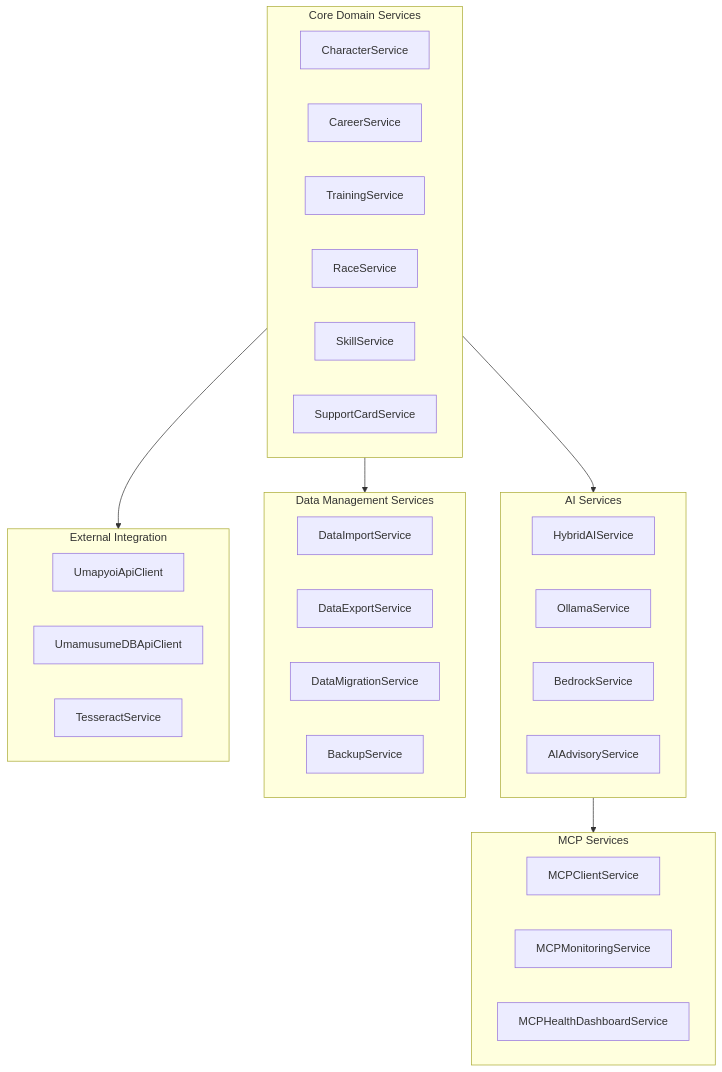
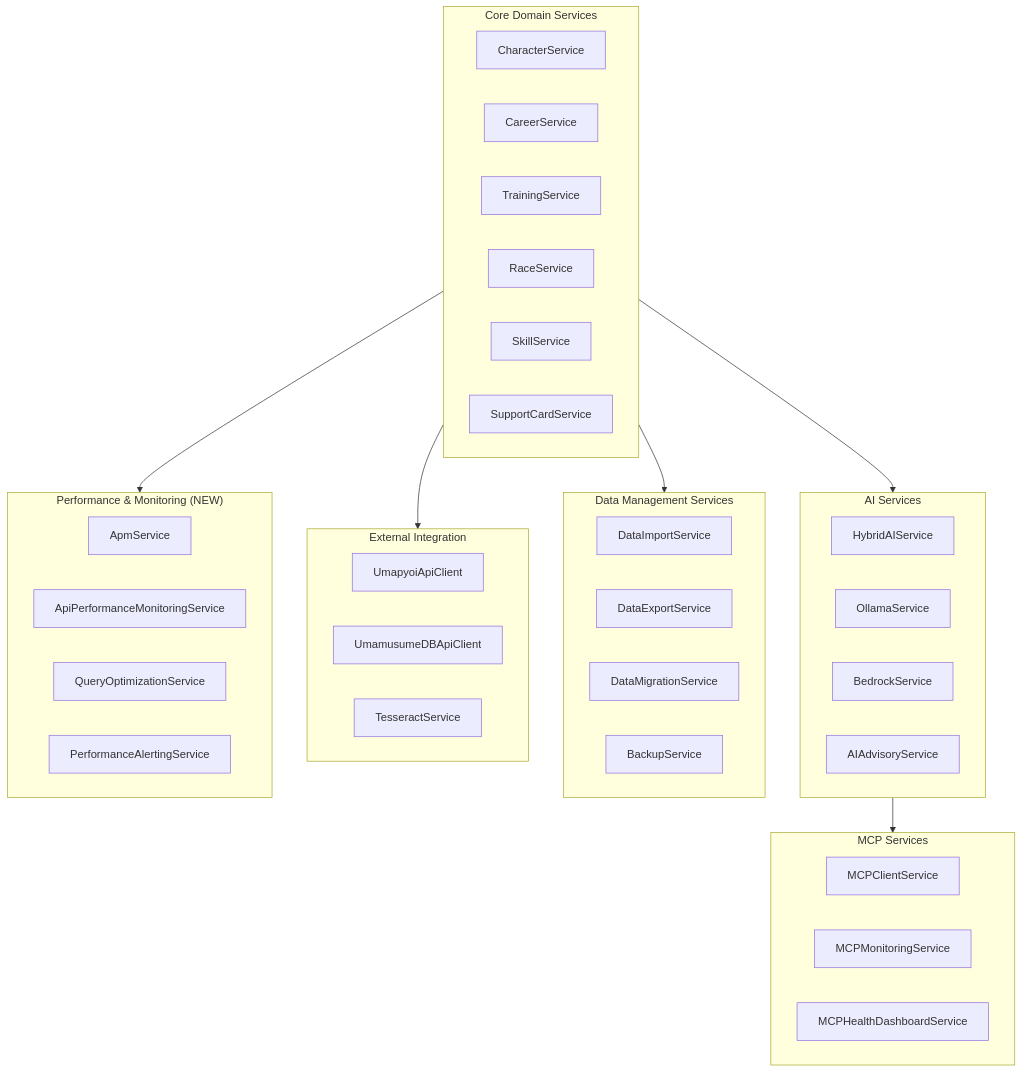
One commit to exatfrds67/umamusume-career-planner changed the fifth of 12 diagrams in docs/00-core-docs/010_SCD_Source_Code_Documentation.md. Above: the diagram before and after it, drawn with Mermaid. The commit also changed other lines of this file and 18 other files, not shown here.

````diff
--- a/docs/00-core-docs/010_SCD_Source_Code_Documentation.md
+++ b/docs/00-core-docs/010_SCD_Source_Code_Documentation.md
@@ -298,42 +298,50 @@
 ```mermaid
 flowchart TD
     subgraph CoreServices["Core Domain Services"]
         CharacterService["CharacterService"]
         CareerService["CareerService"]
         TrainingService["TrainingService"]
         RaceService["RaceService"]
         SkillService["SkillService"]
         SupportCardService["SupportCardService"]
     end
     
     subgraph AIServices["AI Services"]
         HybridAIService["HybridAIService"]
         OllamaService["OllamaService"]
         BedrockService["BedrockService"]
         AIAdvisoryService["AIAdvisoryService"]
     end
     
     subgraph MCPServices["MCP Services"]
         MCPClientService["MCPClientService"]
         MCPMonitoringService["MCPMonitoringService"]
         MCPHealthDashboardService["MCPHealthDashboardService"]
     end
     
     subgraph DataServices["Data Management Services"]
         DataImportService["DataImportService"]
         DataExportService["DataExportService"]
         DataMigrationService["DataMigrationService"]
         BackupService["BackupService"]
     end
     
     subgraph ExternalServices["External Integration"]
         UmapyoiApiClient["UmapyoiApiClient"]
         UmamusumeDBApiClient["UmamusumeDBApiClient"]
         TesseractService["TesseractService"]
     end
     
+    subgraph PerformanceServices["Performance & Monitoring (NEW)"]
+        ApmService["ApmService"]
+        ApiPerformanceMonitoringService["ApiPerformanceMonitoringService"]
+        QueryOptimizationService["QueryOptimizationService"]
+        PerformanceAlertingService["PerformanceAlertingService"]
+    end
+    
     CoreServices --> AIServices
     AIServices --> MCPServices
     CoreServices --> DataServices
     CoreServices --> ExternalServices
+    CoreServices --> PerformanceServices
 ```
````
